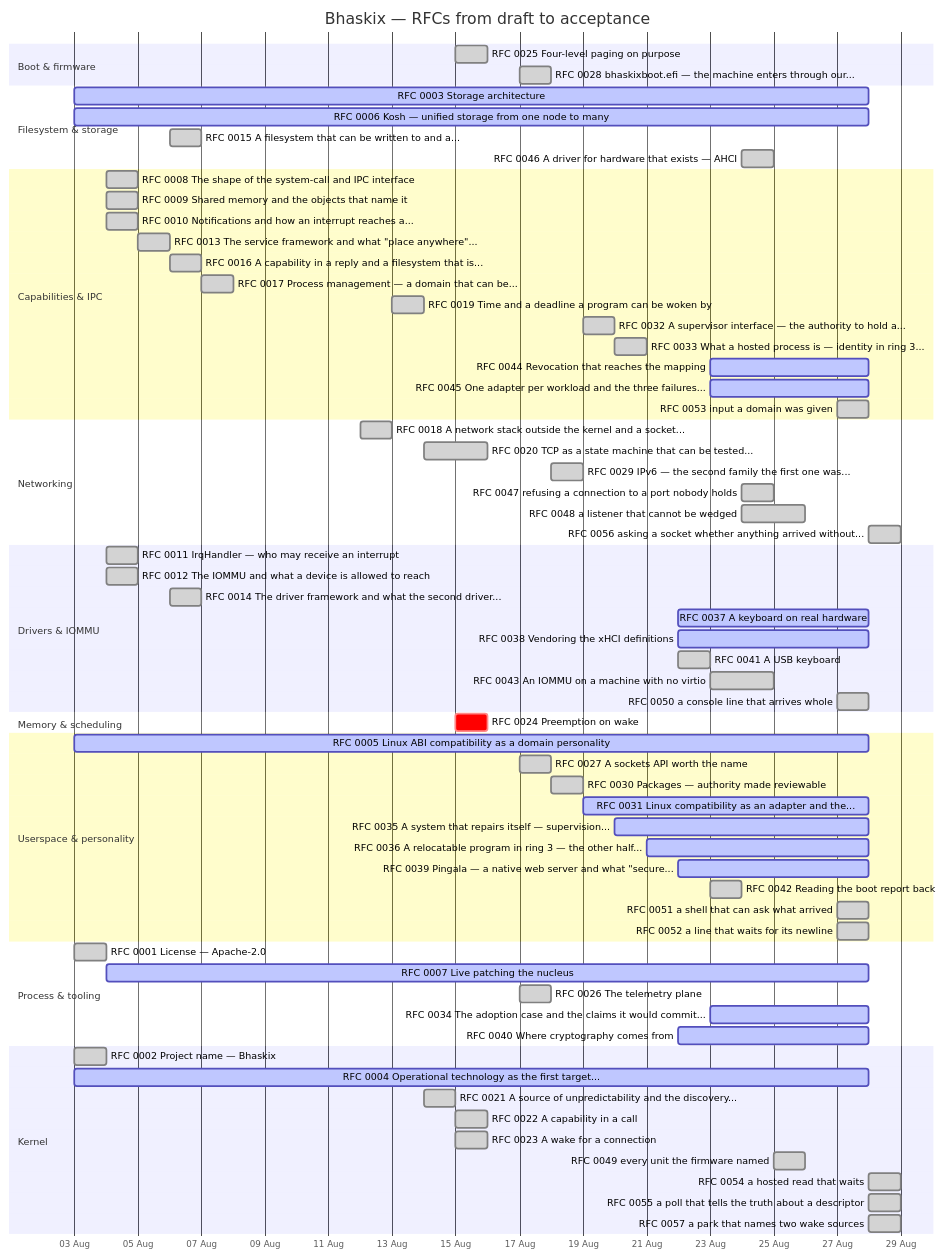
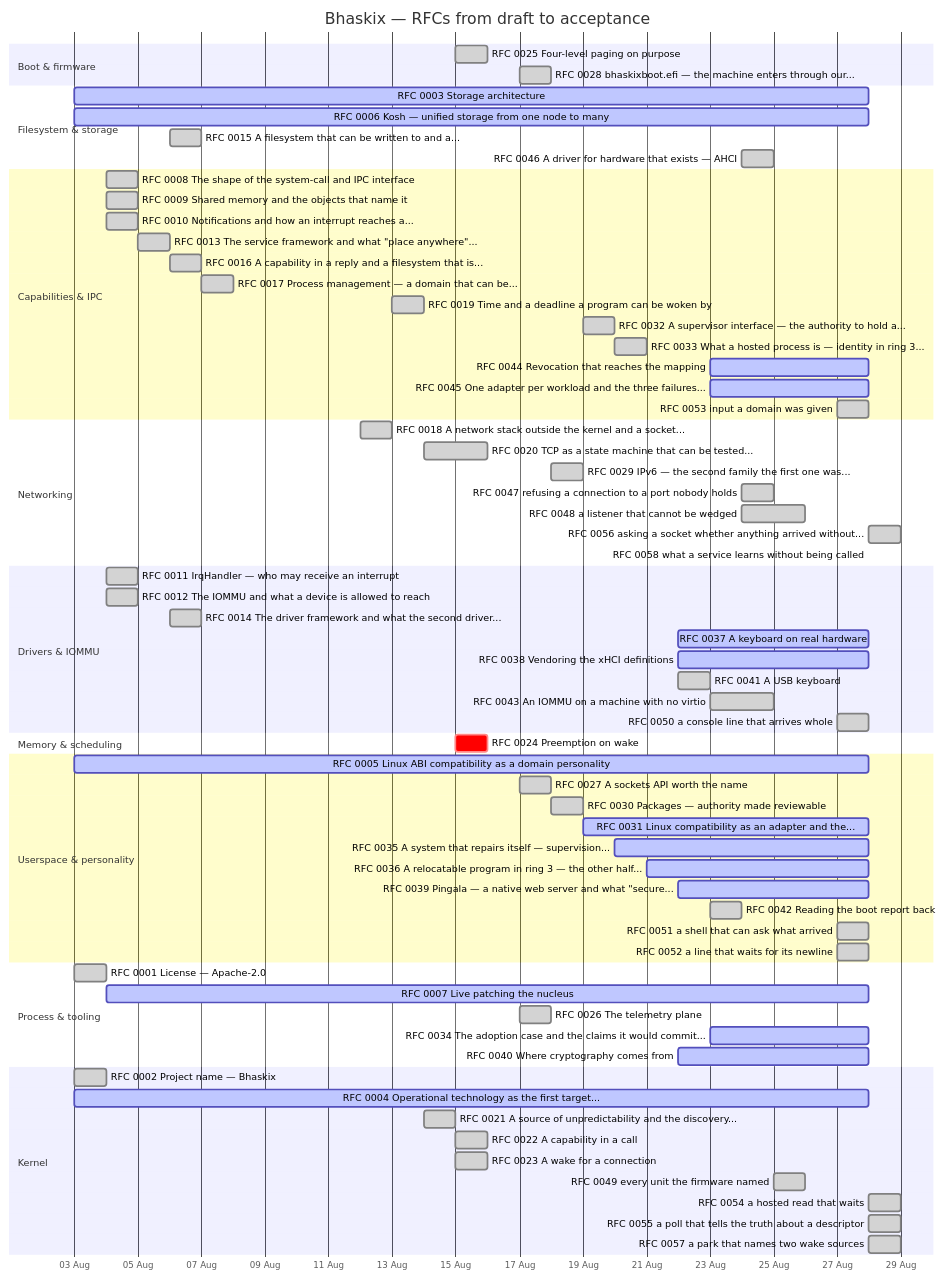
One commit to bhaskix/bhaskix changed the diagram in docs/progress.md. Above: the diagram before and after it, drawn with Mermaid. The commit also changed other lines of this file and 6 other files, not shown here.

````diff
--- a/docs/progress.md
+++ b/docs/progress.md
@@ -24,73 +24,74 @@
 ```mermaid
 gantt
     title Bhaskix — RFCs from draft to acceptance
     dateFormat YYYY-MM-DD
     axisFormat %d %b
     todayMarker off
     section Boot & firmware
     RFC 0025 Four-level paging on purpose :done, r0025, 2026-08-15, 2026-08-16
     RFC 0028 bhaskixboot.efi — the machine enters through our... :done, r0028, 2026-08-17, 2026-08-18
     section Filesystem & storage
     RFC 0003 Storage architecture :active, r0003, 2026-08-03, 2026-08-28
     RFC 0006 Kosh — unified storage from one node to many :active, r0006, 2026-08-03, 2026-08-28
     RFC 0015 A filesystem that can be written to and a... :done, r0015, 2026-08-06, 1d
     RFC 0046 A driver for hardware that exists — AHCI :done, r0046, 2026-08-24, 1d
     section Capabilities & IPC
     RFC 0008 The shape of the system-call and IPC interface :done, r0008, 2026-08-04, 1d
     RFC 0009 Shared memory and the objects that name it :done, r0009, 2026-08-04, 1d
     RFC 0010 Notifications and how an interrupt reaches a... :done, r0010, 2026-08-04, 1d
     RFC 0013 The service framework and what "place anywhere"... :done, r0013, 2026-08-05, 1d
     RFC 0016 A capability in a reply and a filesystem that is... :done, r0016, 2026-08-06, 2026-08-07
     RFC 0017 Process management — a domain that can be... :done, r0017, 2026-08-07, 1d
     RFC 0019 Time and a deadline a program can be woken by :done, r0019, 2026-08-13, 2026-08-14
     RFC 0032 A supervisor interface — the authority to hold a... :done, r0032, 2026-08-19, 2026-08-20
     RFC 0033 What a hosted process is — identity in ring 3... :done, r0033, 2026-08-20, 1d
     RFC 0044 Revocation that reaches the mapping :active, r0044, 2026-08-23, 2026-08-28
     RFC 0045 One adapter per workload and the three failures... :active, r0045, 2026-08-23, 2026-08-28
     RFC 0053 input a domain was given :done, r0053, 2026-08-27, 1d
     section Networking
     RFC 0018 A network stack outside the kernel and a socket... :done, r0018, 2026-08-12, 2026-08-13
     RFC 0020 TCP as a state machine that can be tested... :done, r0020, 2026-08-14, 2026-08-16
     RFC 0029 IPv6 — the second family the first one was... :done, r0029, 2026-08-18, 1d
     RFC 0047 refusing a connection to a port nobody holds :done, r0047, 2026-08-24, 1d
     RFC 0048 a listener that cannot be wedged :done, r0048, 2026-08-24, 2026-08-26
     RFC 0056 asking a socket whether anything arrived without... :done, r0056, 2026-08-28, 1d
+    RFC 0058 what a service learns without being called :active, r0058, 2026-08-28, 2026-08-28
     section Drivers & IOMMU
     RFC 0011 IrqHandler — who may receive an interrupt :done, r0011, 2026-08-04, 1d
     RFC 0012 The IOMMU and what a device is allowed to reach :done, r0012, 2026-08-04, 1d
     RFC 0014 The driver framework and what the second driver... :done, r0014, 2026-08-06, 1d
     RFC 0037 A keyboard on real hardware :active, r0037, 2026-08-22, 2026-08-28
     RFC 0038 Vendoring the xHCI definitions :active, r0038, 2026-08-22, 2026-08-28
     RFC 0041 A USB keyboard :done, r0041, 2026-08-22, 2026-08-23
     RFC 0043 An IOMMU on a machine with no virtio :done, r0043, 2026-08-23, 2026-08-25
     RFC 0050 a console line that arrives whole :done, r0050, 2026-08-27, 1d
     section Memory & scheduling
     RFC 0024 Preemption on wake :crit, r0024, 2026-08-15, 1d
     section Userspace & personality
     RFC 0005 Linux ABI compatibility as a domain personality :active, r0005, 2026-08-03, 2026-08-28
     RFC 0027 A sockets API worth the name :done, r0027, 2026-08-17, 1d
     RFC 0030 Packages — authority made reviewable :done, r0030, 2026-08-18, 2026-08-19
     RFC 0031 Linux compatibility as an adapter and the... :active, r0031, 2026-08-19, 2026-08-28
     RFC 0035 A system that repairs itself — supervision... :active, r0035, 2026-08-20, 2026-08-28
     RFC 0036 A relocatable program in ring 3 — the other half... :active, r0036, 2026-08-21, 2026-08-28
     RFC 0039 Pingala — a native web server and what "secure... :active, r0039, 2026-08-22, 2026-08-28
     RFC 0042 Reading the boot report back :done, r0042, 2026-08-23, 1d
     RFC 0051 a shell that can ask what arrived :done, r0051, 2026-08-27, 1d
     RFC 0052 a line that waits for its newline :done, r0052, 2026-08-27, 1d
     section Process & tooling
     RFC 0001 License — Apache-2.0 :done, r0001, 2026-08-03, 1d
     RFC 0007 Live patching the nucleus :active, r0007, 2026-08-04, 2026-08-28
     RFC 0026 The telemetry plane :done, r0026, 2026-08-17, 1d
     RFC 0034 The adoption case and the claims it would commit... :active, r0034, 2026-08-23, 2026-08-28
     RFC 0040 Where cryptography comes from :active, r0040, 2026-08-22, 2026-08-28
     section Kernel
     RFC 0002 Project name — Bhaskix :done, r0002, 2026-08-03, 1d
     RFC 0004 Operational technology as the first target... :active, r0004, 2026-08-03, 2026-08-28
     RFC 0021 A source of unpredictability and the discovery... :done, r0021, 2026-08-14, 1d
     RFC 0022 A capability in a call :done, r0022, 2026-08-15, 2026-08-16
     RFC 0023 A wake for a connection :done, r0023, 2026-08-15, 2026-08-16
     RFC 0049 every unit the firmware named :done, r0049, 2026-08-25, 1d
     RFC 0054 a hosted read that waits :done, r0054, 2026-08-28, 1d
     RFC 0055 a poll that tells the truth about a descriptor :done, r0055, 2026-08-28, 1d
     RFC 0057 a park that names two wake sources :done, r0057, 2026-08-28, 1d
 ```
````
